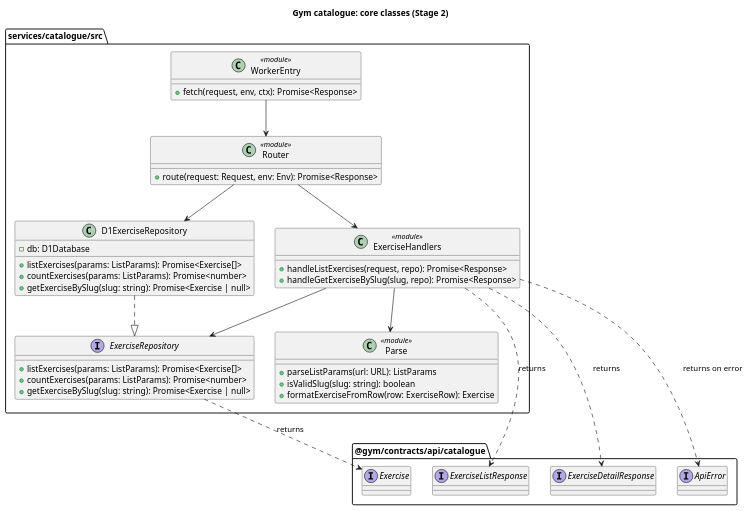
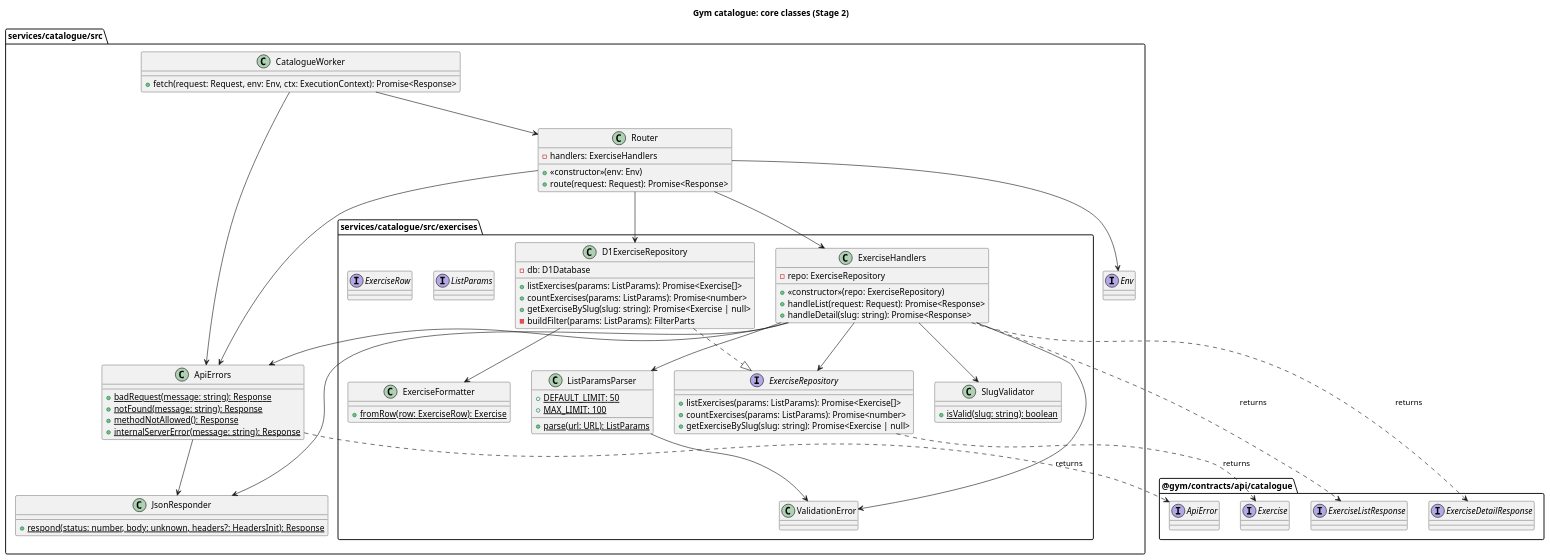
Before and after one commit to bobosiband/Gym: the diagram in docs/uml/catalogue/class.puml, drawn with PlantUML. The commit also changed 27 other files, not shown here.

```diff
--- a/docs/uml/catalogue/class.puml
+++ b/docs/uml/catalogue/class.puml
@@ -1,59 +1,102 @@
 @startuml catalogue-class
 title Gym catalogue: core classes (Stage 2)
 
 skinparam shadowing false
 
 package "services/catalogue/src" {
-  interface ExerciseRepository {
-    + listExercises(params: ListParams): Promise<Exercise[]>
-    + countExercises(params: ListParams): Promise<number>
-    + getExerciseBySlug(slug: string): Promise<Exercise | null>
+  class CatalogueWorker {
+    + fetch(request: Request, env: Env, ctx: ExecutionContext): Promise<Response>
   }
 
-  class D1ExerciseRepository {
-    - db: D1Database
-    + listExercises(params: ListParams): Promise<Exercise[]>
-    + countExercises(params: ListParams): Promise<number>
-    + getExerciseBySlug(slug: string): Promise<Exercise | null>
+  class Router {
+    - handlers: ExerciseHandlers
+    + <<constructor>>(env: Env)
+    + route(request: Request): Promise<Response>
   }
 
-  class ExerciseHandlers <<module>> {
-    + handleListExercises(request, repo): Promise<Response>
-    + handleGetExerciseBySlug(slug, repo): Promise<Response>
+  class JsonResponder {
+    + {static} respond(status: number, body: unknown, headers?: HeadersInit): Response
   }
 
-  class Parse <<module>> {
-    + parseListParams(url: URL): ListParams
-    + isValidSlug(slug: string): boolean
-    + formatExerciseFromRow(row: ExerciseRow): Exercise
+  class ApiErrors {
+    + {static} badRequest(message: string): Response
+    + {static} notFound(message: string): Response
+    + {static} methodNotAllowed(): Response
+    + {static} internalServerError(message: string): Response
   }
 
-  class Router <<module>> {
-    + route(request: Request, env: Env): Promise<Response>
-  }
+  interface Env
 
-  class WorkerEntry <<module>> {
-    + fetch(request, env, ctx): Promise<Response>
+  package "services/catalogue/src/exercises" {
+    interface ExerciseRepository {
+      + listExercises(params: ListParams): Promise<Exercise[]>
+      + countExercises(params: ListParams): Promise<number>
+      + getExerciseBySlug(slug: string): Promise<Exercise | null>
+    }
+
+    class D1ExerciseRepository {
+      - db: D1Database
+      + listExercises(params: ListParams): Promise<Exercise[]>
+      + countExercises(params: ListParams): Promise<number>
+      + getExerciseBySlug(slug: string): Promise<Exercise | null>
+      - buildFilter(params: ListParams): FilterParts
+    }
+
+    class ExerciseHandlers {
+      - repo: ExerciseRepository
+      + <<constructor>>(repo: ExerciseRepository)
+      + handleList(request: Request): Promise<Response>
+      + handleDetail(slug: string): Promise<Response>
+    }
+
+    class ListParamsParser {
+      + {static} DEFAULT_LIMIT: 50
+      + {static} MAX_LIMIT: 100
+      + {static} parse(url: URL): ListParams
+    }
+
+    class SlugValidator {
+      + {static} isValid(slug: string): boolean
+    }
+
+    class ExerciseFormatter {
+      + {static} fromRow(row: ExerciseRow): Exercise
+    }
+
+    class ValidationError
+
+    interface ListParams
+    interface ExerciseRow
   }
 }
 
 package "@gym/contracts/api/catalogue" {
   interface Exercise
   interface ExerciseListResponse
   interface ExerciseDetailResponse
   interface ApiError
 }
 
-D1ExerciseRepository ..|> ExerciseRepository
-ExerciseHandlers --> ExerciseRepository
-ExerciseHandlers --> Parse
+CatalogueWorker --> Router
+CatalogueWorker --> ApiErrors
 Router --> ExerciseHandlers
 Router --> D1ExerciseRepository
-WorkerEntry --> Router
+Router --> ApiErrors
+Router --> Env
+D1ExerciseRepository ..|> ExerciseRepository
+D1ExerciseRepository --> ExerciseFormatter
+ExerciseHandlers --> ExerciseRepository
+ExerciseHandlers --> ListParamsParser
+ExerciseHandlers --> SlugValidator
+ExerciseHandlers --> ApiErrors
+ExerciseHandlers --> JsonResponder
+ExerciseHandlers --> ValidationError
+ListParamsParser --> ValidationError
+ApiErrors --> JsonResponder
 
 ExerciseRepository ..> Exercise : returns
 ExerciseHandlers ..> ExerciseListResponse : returns
 ExerciseHandlers ..> ExerciseDetailResponse : returns
-ExerciseHandlers ..> ApiError : returns on error
+ApiErrors ..> ApiError : returns
 
 @enduml
```
